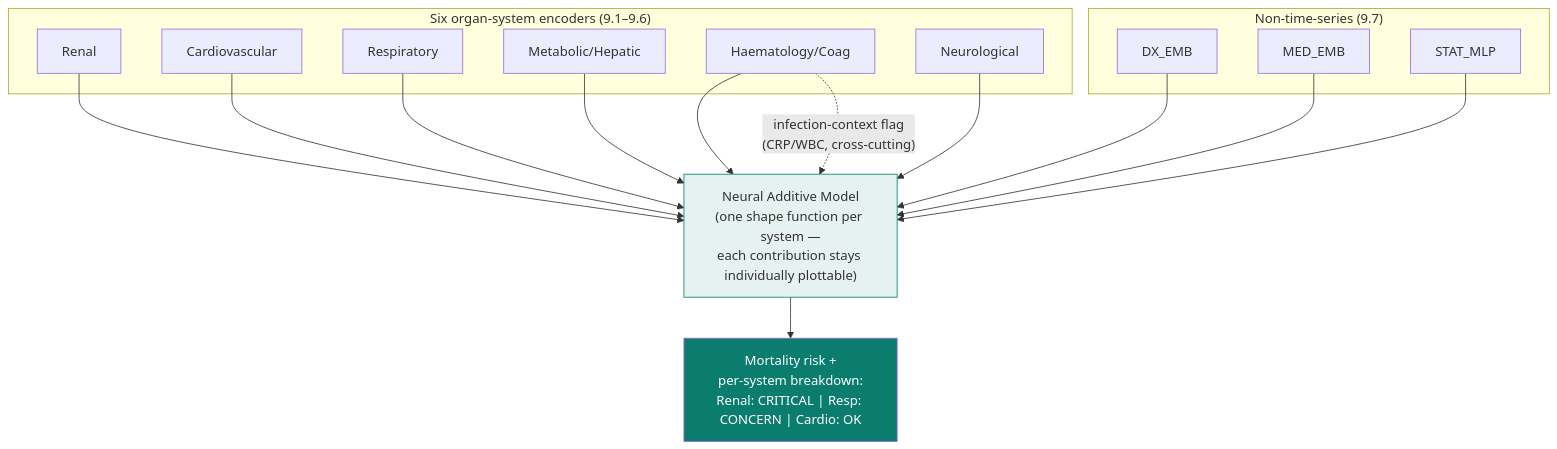
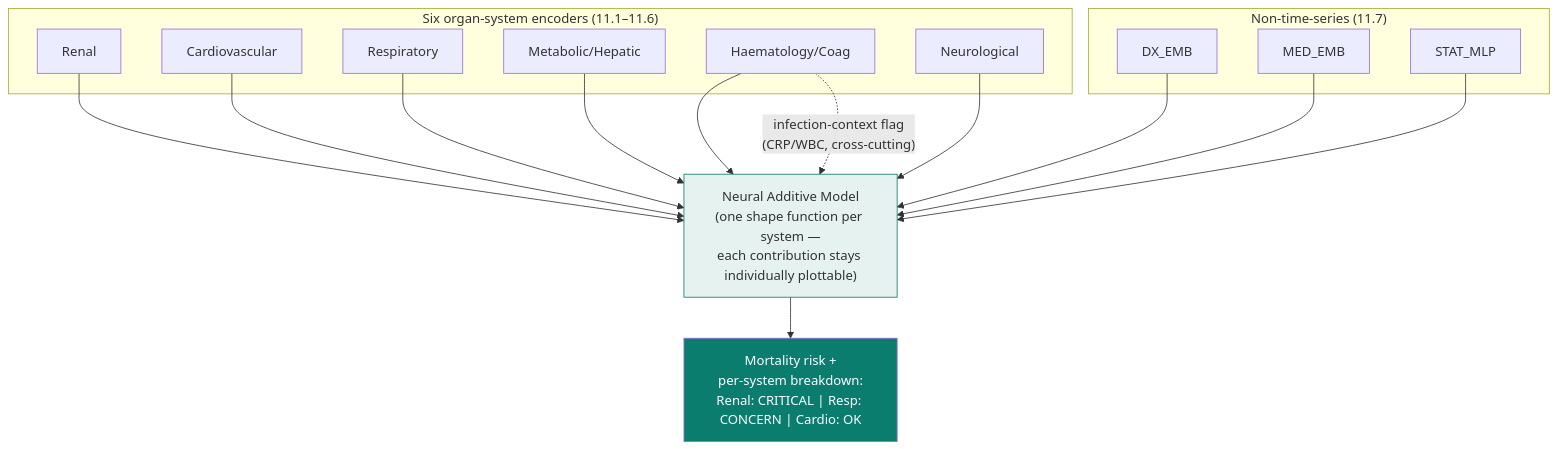
One commit to thrisharajkumar/inspire-analysis-thrisha changed the eighth of 8 diagrams in docs/Clinician_Validation.md. Above: the diagram before and after it, drawn with Mermaid. The commit also changed other lines of this file, not shown here.

````diff
--- a/docs/Clinician_Validation.md
+++ b/docs/Clinician_Validation.md
@@ -900,33 +889,33 @@
 ```mermaid
 flowchart TB
-    subgraph Systems["Six organ-system encoders (9.1–9.6)"]
+    subgraph Systems["Six organ-system encoders (11.1–11.6)"]
         R[Renal]
         C[Cardiovascular]
         P[Respiratory]
         M[Metabolic/Hepatic]
         H[Haematology/Coag]
         N[Neurological]
     end
-    subgraph NonTS["Non-time-series (9.7)"]
+    subgraph NonTS["Non-time-series (11.7)"]
         DXE[DX_EMB]
         MEDE[MED_EMB]
         STATM[STAT_MLP]
     end
 
     R --> FUSE
     C --> FUSE
     P --> FUSE
     M --> FUSE
     H --> FUSE
     N --> FUSE
     DXE --> FUSE
     MEDE --> FUSE
     STATM --> FUSE
     H -.->|"infection-context flag\n(CRP/WBC, cross-cutting)"| FUSE
 
     FUSE["Neural Additive Model\n(one shape function per system —\neach contribution stays individually plottable)"]
     FUSE --> OUT["Mortality risk +\nper-system breakdown:\nRenal: CRITICAL | Resp: CONCERN | Cardio: OK"]
 
     style FUSE fill:#e6f2f0,stroke:#0a7d6e
     style OUT fill:#0a7d6e,color:#fff
 ```
````
